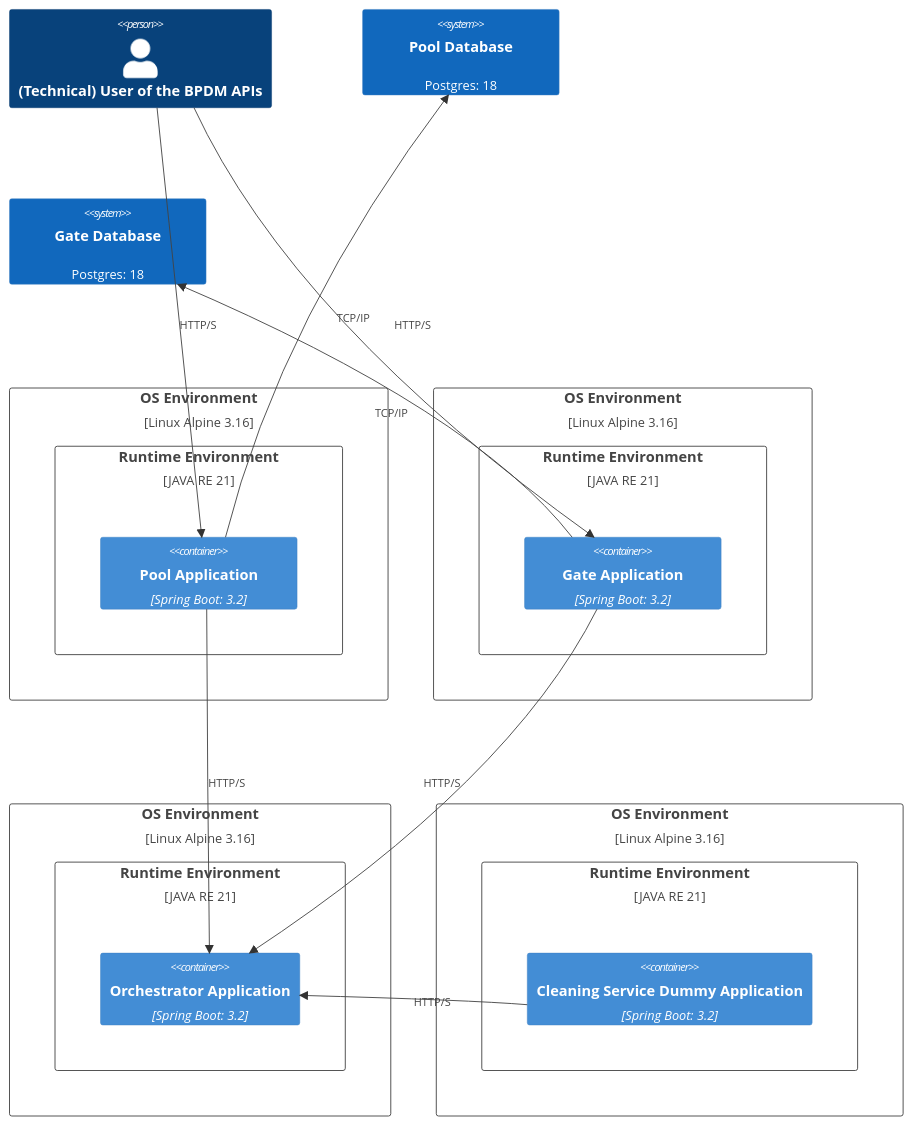
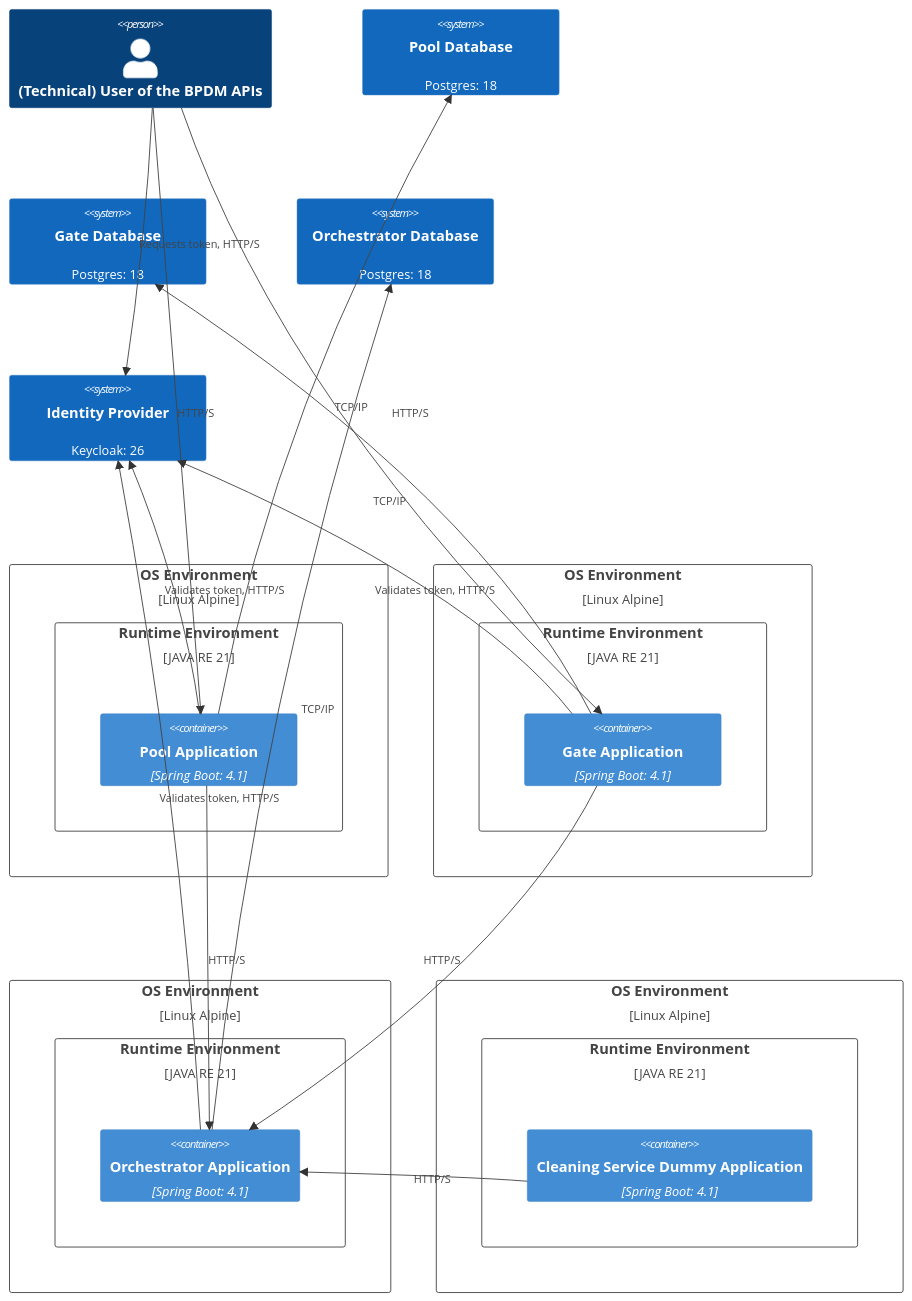
One commit to eclipse-tractusx/bpdm changed the first of 2 diagrams in docs/architecture/07_Deployment_View.md. Above: the diagram before and after it, drawn with Mermaid. The commit also changed other lines of this file and 20 other files, not shown here.

Commit message:
docs: update outdated architecture

````diff
--- a/docs/architecture/07_Deployment_View.md
+++ b/docs/architecture/07_Deployment_View.md
@@ -5,43 +12,52 @@
 ```mermaid
 C4Context
 
     Person(bpdm_user, "(Technical) User of the BPDM APIs")
 
     System(pool_postgres, "Pool Database", "Postgres: 18")
     System(gate_postgres, "Gate Database", "Postgres: 18")
+    System(orchestrator_postgres, "Orchestrator Database", "Postgres: 18")
+    System(keycloak, "Identity Provider", "Keycloak: 26")
 
-    Deployment_Node(pool_machine, "OS Environment", "Linux Alpine 3.16"){
+    Deployment_Node(pool_machine, "OS Environment", "Linux Alpine"){
         Deployment_Node(pool_java, "Runtime Environment", "JAVA RE 21") {
-            Container(pool_container, "Pool Application", "Spring Boot: 3.2")
+            Container(pool_container, "Pool Application", "Spring Boot: 4.1")
         }
     }
 
-    Deployment_Node(gate_machine, "OS Environment", "Linux Alpine 3.16"){
+    Deployment_Node(gate_machine, "OS Environment", "Linux Alpine"){
         Deployment_Node(gate_java, "Runtime Environment", "JAVA RE 21") {
-            Container(gate_container, "Gate Application", "Spring Boot: 3.2")
+            Container(gate_container, "Gate Application", "Spring Boot: 4.1")
         }
     }
 
-    Deployment_Node(orchestrator_machine, "OS Environment", "Linux Alpine 3.16"){
+    Deployment_Node(orchestrator_machine, "OS Environment", "Linux Alpine"){
         Deployment_Node(orchestrator_java, "Runtime Environment", "JAVA RE 21") {
-            Container(orchestrator_container, "Orchestrator Application", "Spring Boot: 3.2")
+            Container(orchestrator_container, "Orchestrator Application", "Spring Boot: 4.1")
         }
     }
 
-     Deployment_Node(dummy_machine, "OS Environment", "Linux Alpine 3.16"){
+     Deployment_Node(dummy_machine, "OS Environment", "Linux Alpine"){
         Deployment_Node(dummy_java, "Runtime Environment", "JAVA RE 21") {
-            Container(dummy_container, "Cleaning Service Dummy Application", "Spring Boot: 3.2")
+            Container(dummy_container, "Cleaning Service Dummy Application", "Spring Boot: 4.1")
         }
     }
 
     Rel(bpdm_user, pool_container, "HTTP/S")
     Rel(pool_container, pool_postgres, "TCP/IP")
 
     Rel(bpdm_user, gate_container, "HTTP/S")
     Rel(gate_container, gate_postgres, "TCP/IP")
 
+    Rel(orchestrator_container, orchestrator_postgres, "TCP/IP")
+
     Rel(pool_container, orchestrator_container, "HTTP/S")
     Rel(gate_container, orchestrator_container, "HTTP/S")
     Rel(dummy_container, orchestrator_container, "HTTP/S")
 
+    Rel(bpdm_user, keycloak, "Requests token, HTTP/S")
+    Rel(gate_container, keycloak, "Validates token, HTTP/S")
+    Rel(pool_container, keycloak, "Validates token, HTTP/S")
+    Rel(orchestrator_container, keycloak, "Validates token, HTTP/S")
+
 ```
````
